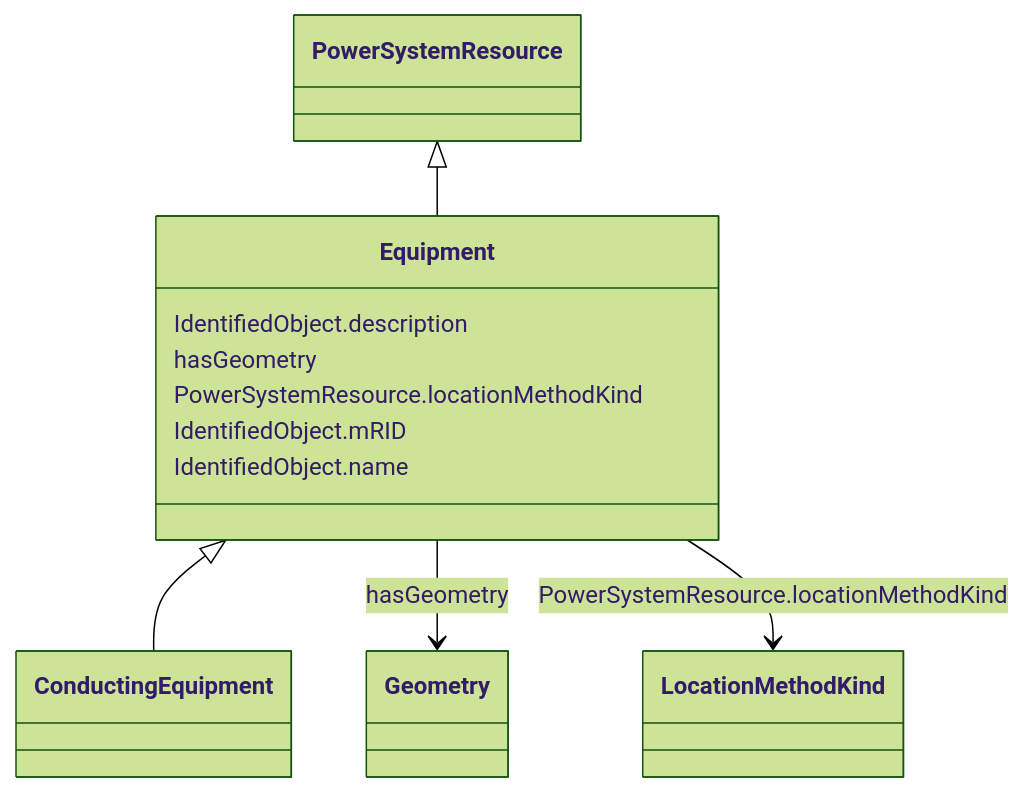
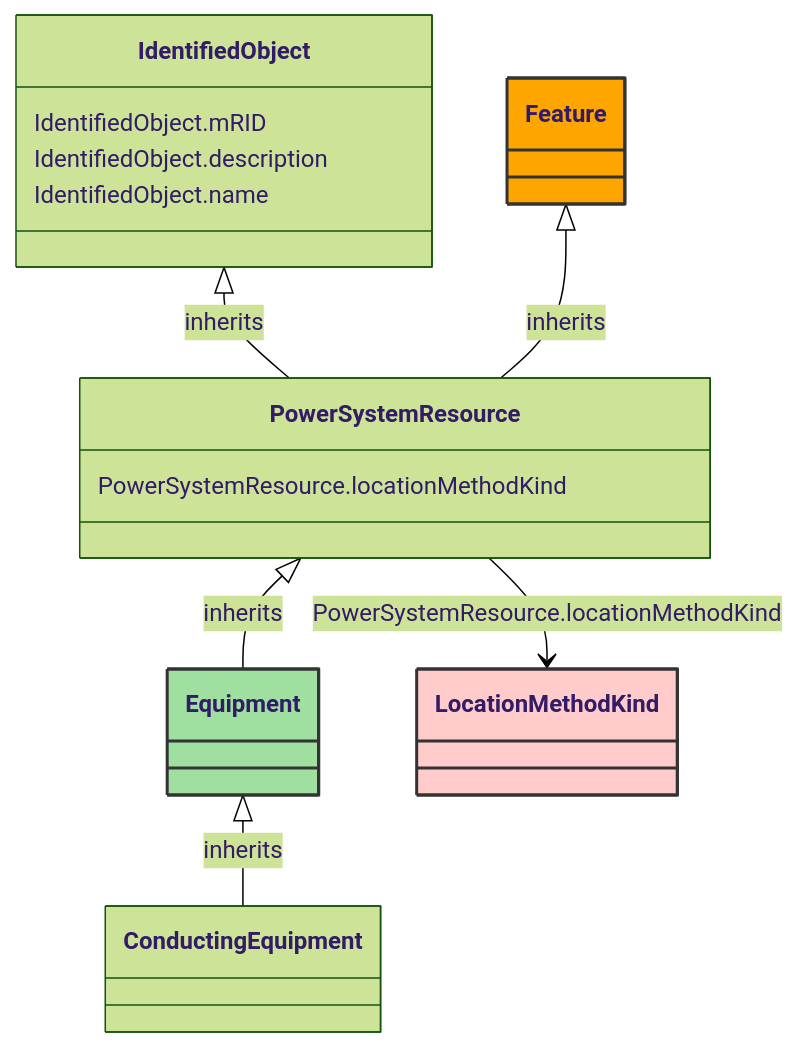
One commit to 3lbits/NoCIMExtensions changed the diagram in docs/AviationObstacle/Equipment.md. Above: the diagram before and after it, drawn with Mermaid (forest theme). The commit also changed other lines of this file and 177 other files, not shown here.

````diff
--- a/docs/AviationObstacle/Equipment.md
+++ b/docs/AviationObstacle/Equipment.md
@@ -18,30 +10,38 @@
 ```mermaid
- classDiagram
+classDiagram
     class Equipment
-    click Equipment href "../Equipment"
-      PowerSystemResource <|-- Equipment
-        click PowerSystemResource href "../PowerSystemResource"
-      
+    click Equipment href "/AviationObstacle/Equipment/"
+    style Equipment fill:#9fdf9f,stroke:#333,stroke-width:2px,rx:10,ry:10
 
-      Equipment <|-- ConductingEquipment
-        click ConductingEquipment href "../ConductingEquipment"
-      
-      
-      Equipment : IdentifiedObject.description
-        
-      Equipment : hasGeometry
-        
-          Equipment --> Geometry : hasGeometry
-          click Geometry href "../Geometry"
-        
-      Equipment : PowerSystemResource.locationMethodKind
-        
-          Equipment --> LocationMethodKind : PowerSystemResource.locationMethodKind
-          click LocationMethodKind href "../LocationMethodKind"
-        
-      Equipment : IdentifiedObject.mRID
-        
-      Equipment : IdentifiedObject.name
-        
-      
+        Equipment <|-- ConductingEquipment : inherits
+            click Equipment href "/AviationObstacle/Equipment/"
+            style Equipment rx:10,ry:10
+
+        ConductingEquipment
+            click ConductingEquipment href "/AviationObstacle/ConductingEquipment/"
+            style ConductingEquipment rx:10,ry:10
+
+        PowerSystemResource <|-- Equipment : inherits
+            click PowerSystemResource href "/AviationObstacle/PowerSystemResource/"
+            style PowerSystemResource rx:10,ry:10
+
+        IdentifiedObject <|-- PowerSystemResource : inherits
+            click IdentifiedObject href "/AviationObstacle/IdentifiedObject/"
+            style IdentifiedObject rx:10,ry:10
+
+        Feature <|-- PowerSystemResource : inherits
+            click Feature href "/AviationObstacle/Feature/"
+            style Feature fill:#FFA500,stroke:#333,stroke-width:2px,rx:10,ry:10
+
+
+        PowerSystemResource --> LocationMethodKind : PowerSystemResource.locationMethodKind
+
+        LocationMethodKind
+            click LocationMethodKind href "/AviationObstacle/LocationMethodKind/"
+            style LocationMethodKind fill:#FFCCCB,stroke:#333,stroke-width:2px,rx:10,ry:10
+
+        PowerSystemResource : PowerSystemResource.locationMethodKind
+        IdentifiedObject : IdentifiedObject.mRID
+        IdentifiedObject : IdentifiedObject.description
+        IdentifiedObject : IdentifiedObject.name
 ```
````
